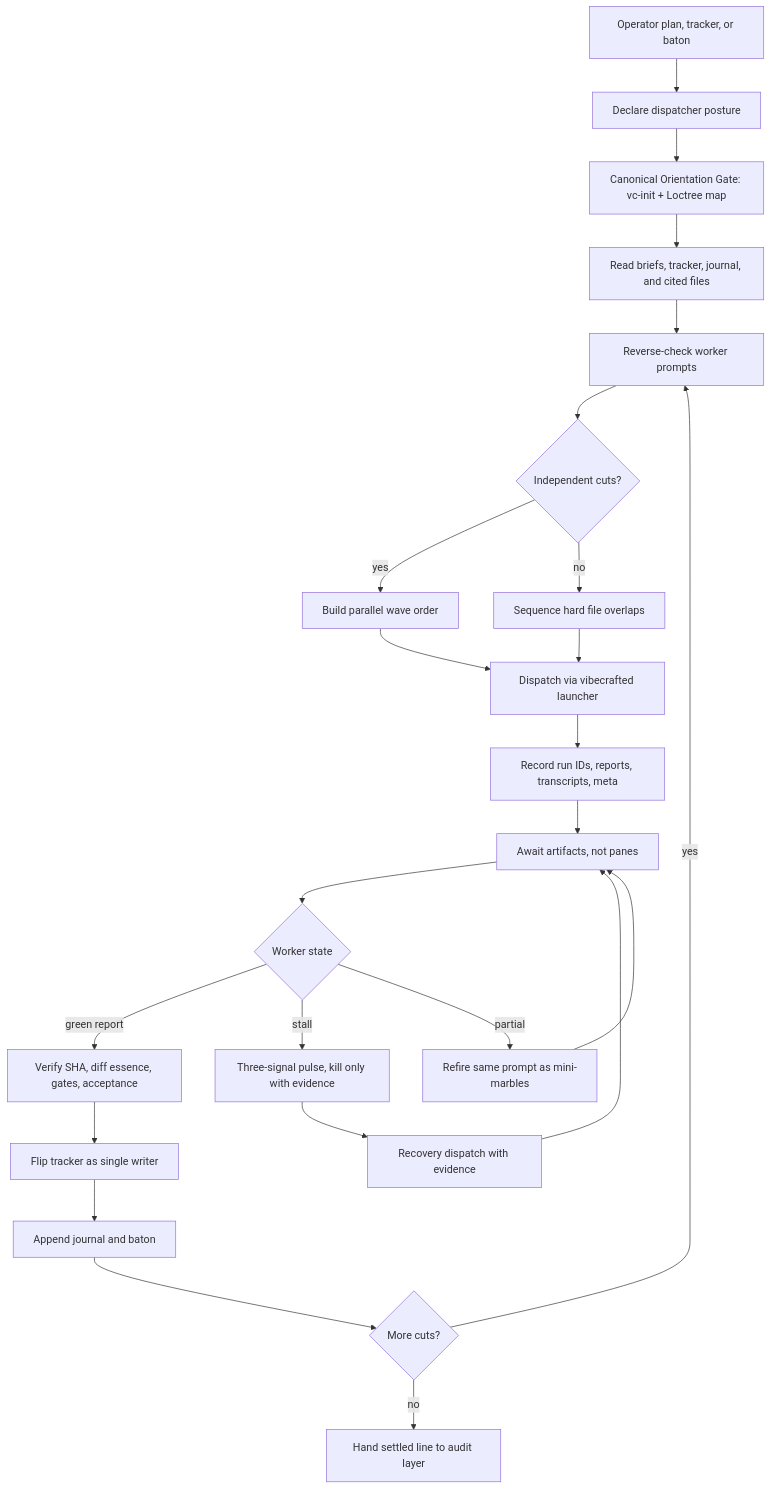
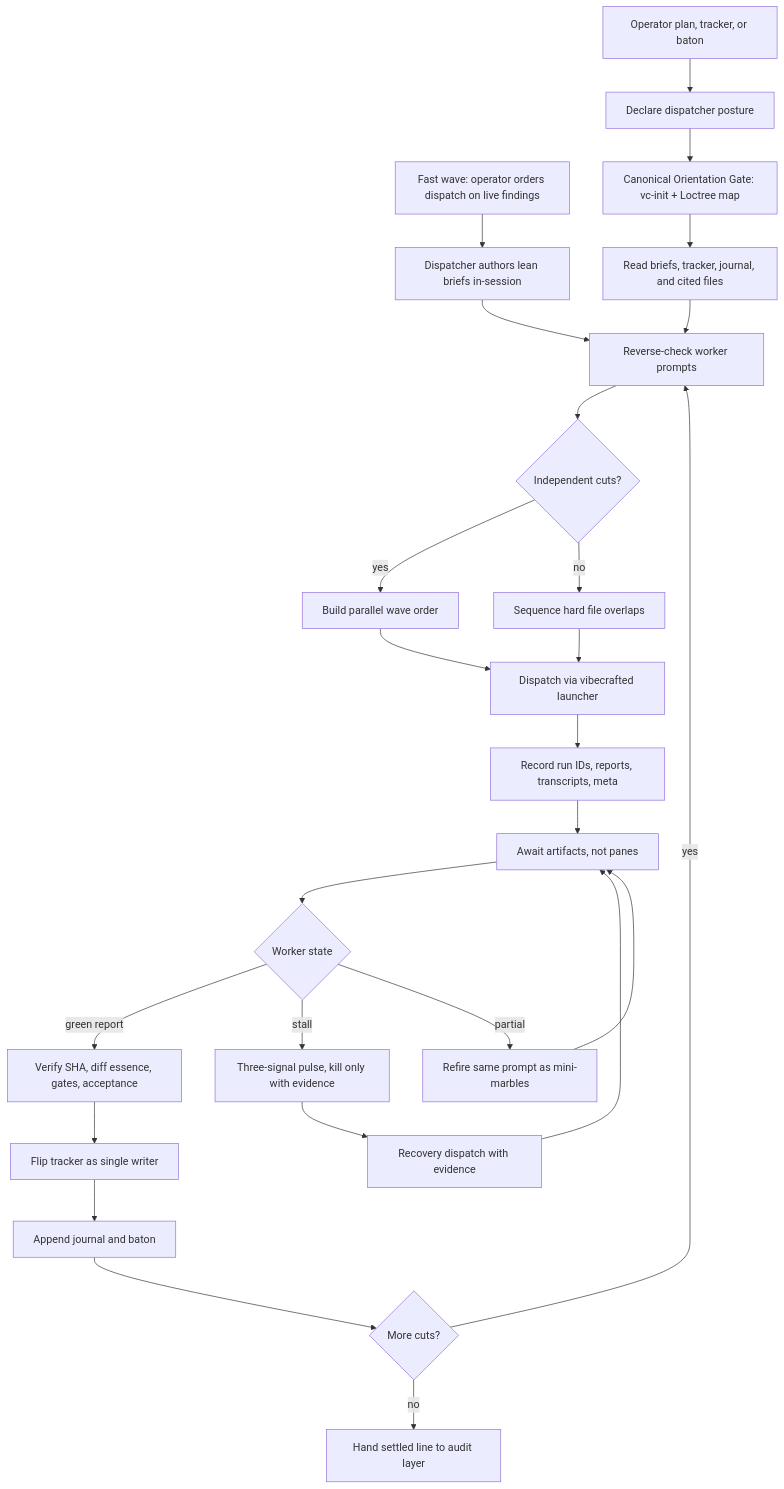
The diagram in vibecrafted-core/vibecrafted_core/skills/vc-dispatch/FLOW.md (VetCoders/vibecrafted), drawn with Mermaid before and after one commit. The commit also changed 2 other files, not shown here.

````diff
--- a/vibecrafted-core/vibecrafted_core/skills/vc-dispatch/FLOW.md
+++ b/vibecrafted-core/vibecrafted_core/skills/vc-dispatch/FLOW.md
@@ -11,26 +11,28 @@
 ```mermaid
 flowchart TD
     A[Operator plan, tracker, or baton] --> B[Declare dispatcher posture]
+    A2[Fast wave: operator orders dispatch on live findings] --> B2[Dispatcher authors lean briefs in-session]
+    B2 --> E
     B --> C[Canonical Orientation Gate: vc-init + Loctree map]
     C --> D[Read briefs, tracker, journal, and cited files]
     D --> E[Reverse-check worker prompts]
     E --> F{Independent cuts?}
     F -->|yes| G[Build parallel wave order]
     F -->|no| H[Sequence hard file overlaps]
     G --> I[Dispatch via vibecrafted launcher]
     H --> I
     I --> J[Record run IDs, reports, transcripts, meta]
     J --> K[Await artifacts, not panes]
     K --> L{Worker state}
     L -->|green report| M[Verify SHA, diff essence, gates, acceptance]
     L -->|stall| N[Three-signal pulse, kill only with evidence]
     L -->|partial| O[Refire same prompt as mini-marbles]
     N --> P[Recovery dispatch with evidence]
     P --> K
     O --> K
     M --> Q[Flip tracker as single writer]
     Q --> R[Append journal and baton]
     R --> S{More cuts?}
     S -->|yes| E
     S -->|no| T[Hand settled line to audit layer]
 ```
````
